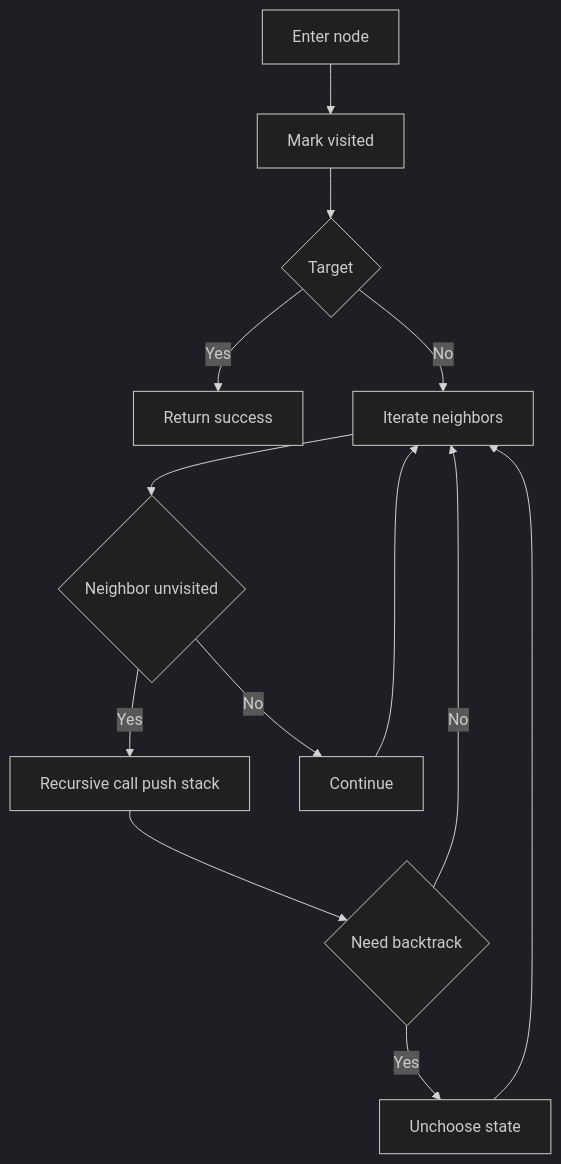
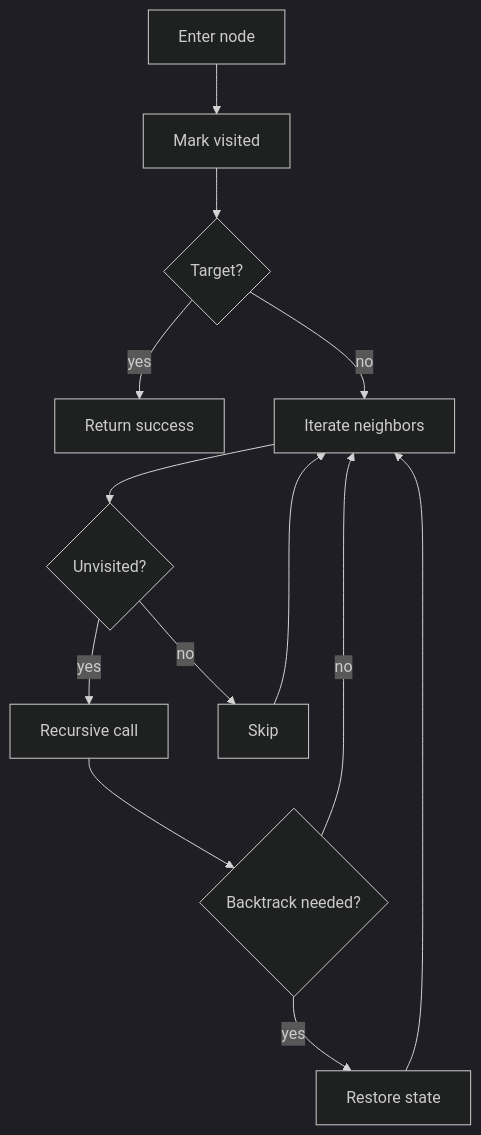
One commit to choisimo/document changed the diagram in content/docs/algorithms/algorithm-architect/01-graph/02-dfs.md. Above: the diagram before and after it, drawn with Mermaid (dark theme). The commit also changed other lines of this file and 432 other files, not shown here.

````diff
--- a/content/docs/algorithms/algorithm-architect/01-graph/02-dfs.md
+++ b/content/docs/algorithms/algorithm-architect/01-graph/02-dfs.md
@@ -21,15 +73,15 @@
 ```mermaid
 flowchart TD
     A[Enter node] --> B[Mark visited]
-    B --> C{Target}
-    C -- Yes --> D[Return success]
-    C -- No --> E[Iterate neighbors]
-    E --> F{Neighbor unvisited}
-    F -- Yes --> G[Recursive call push stack]
-    F -- No --> H[Continue]
-    G --> I{Need backtrack}
-    I -- Yes --> J[Unchoose state]
-    I -- No --> E
+    B --> C{Target?}
+    C -- yes --> D[Return success]
+    C -- no --> E[Iterate neighbors]
+    E --> F{Unvisited?}
+    F -- yes --> G[Recursive call]
+    F -- no --> H[Skip]
+    G --> I{Backtrack needed?}
+    I -- yes --> J[Restore state]
+    I -- no --> E
     J --> E
     H --> E
 ```
````
